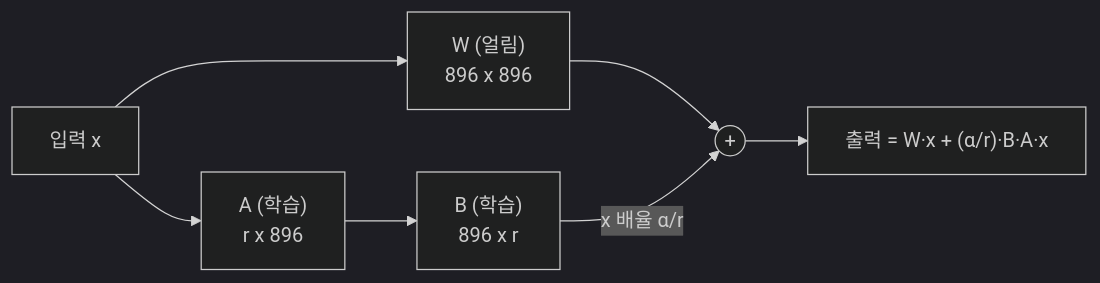
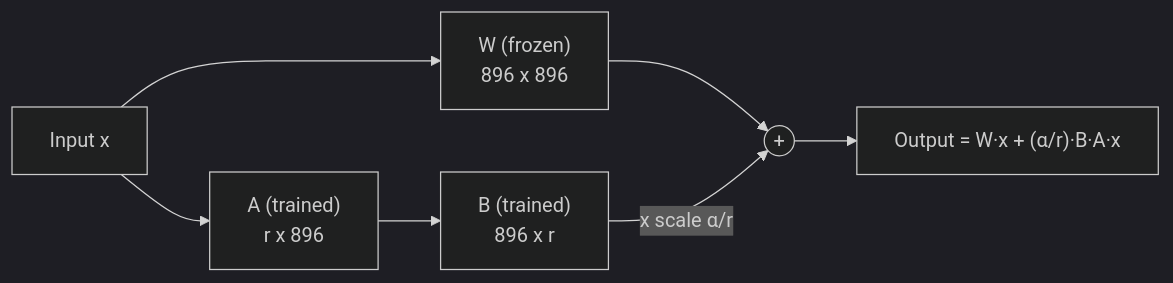
One commit to LeeGyeongPil/ai-lab-lora-finetune changed the first of 2 diagrams in README.md. Above: the diagram before and after it, drawn with Mermaid (dark theme). The commit also changed other lines of this file and 2 other files, not shown here.

````diff
--- a/README.md
+++ b/README.md
@@ -126,9 +126,9 @@
 ```mermaid
 flowchart LR
-    X["입력 x"] --> W["W (얼림)<br/>896 x 896"]
-    X --> A["A (학습)<br/>r x 896"]
-    A --> B["B (학습)<br/>896 x r"]
+    X["Input x"] --> W["W (frozen)<br/>896 x 896"]
+    X --> A["A (trained)<br/>r x 896"]
+    A --> B["B (trained)<br/>896 x r"]
     W --> S(("+"))
-    B -->|"x 배율 α/r"| S
-    S --> Y["출력 = W·x + (α/r)·B·A·x"]
+    B -->|"x scale α/r"| S
+    S --> Y["Output = W·x + (α/r)·B·A·x"]
 ```
````
